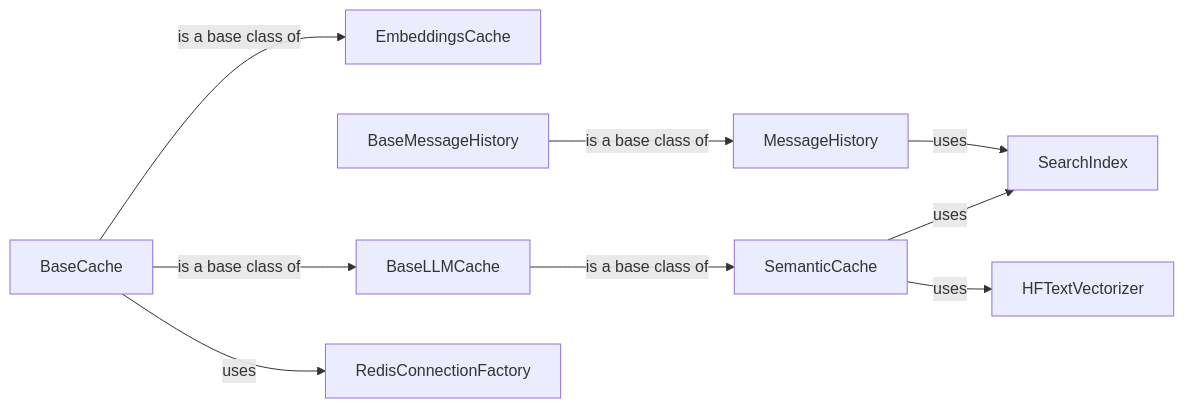
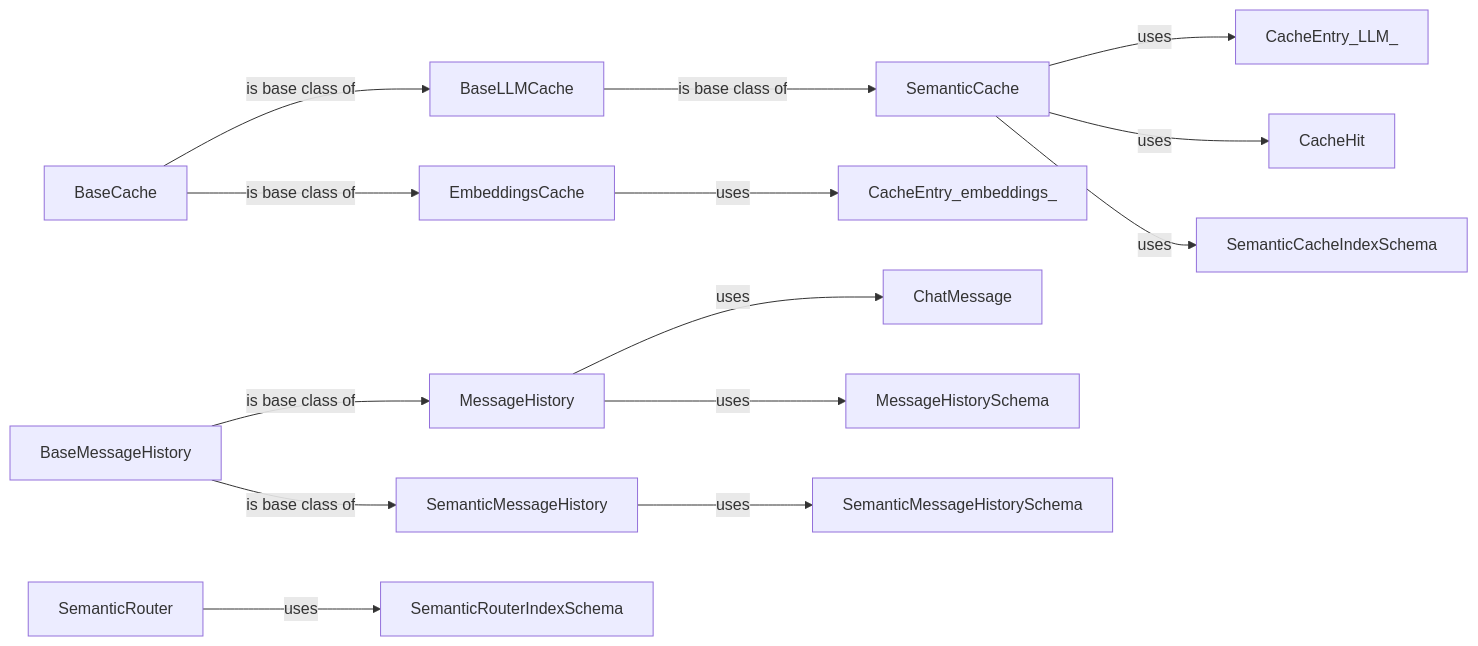
One commit to CodeBoarding/GeneratedOnBoardings changed the diagram in redis-vl-python/Extension Framework.md. Above: the diagram before and after it, drawn with Mermaid. The commit also changed other lines of this file and 12 other files, not shown here.

````diff
--- a/redis-vl-python/Extension Framework.md
+++ b/redis-vl-python/Extension Framework.md
@@ -1,20 +1,24 @@
 ```mermaid
 graph LR
     BaseCache["BaseCache"]
     EmbeddingsCache["EmbeddingsCache"]
     SemanticCache["SemanticCache"]
     BaseLLMCache["BaseLLMCache"]
     MessageHistory["MessageHistory"]
     BaseMessageHistory["BaseMessageHistory"]
-    SearchIndex["SearchIndex"]
-    RedisConnectionFactory["RedisConnectionFactory"]
-    HFTextVectorizer["HFTextVectorizer"]
-    BaseCache -- "is a base class of" --> EmbeddingsCache
-    BaseCache -- "is a base class of" --> BaseLLMCache
-    BaseLLMCache -- "is a base class of" --> SemanticCache
-    BaseMessageHistory -- "is a base class of" --> MessageHistory
-    SemanticCache -- "uses" --> SearchIndex
-    MessageHistory -- "uses" --> SearchIndex
-    BaseCache -- "uses" --> RedisConnectionFactory
-    SemanticCache -- "uses" --> HFTextVectorizer
+    SemanticMessageHistory["SemanticMessageHistory"]
+    SemanticRouter["SemanticRouter"]
+    BaseCache -- "is base class of" --> EmbeddingsCache
+    EmbeddingsCache -- "uses" --> CacheEntry_embeddings_
+    BaseLLMCache -- "is base class of" --> SemanticCache
+    SemanticCache -- "uses" --> CacheEntry_LLM_
+    SemanticCache -- "uses" --> CacheHit
+    SemanticCache -- "uses" --> SemanticCacheIndexSchema
+    MessageHistory -- "uses" --> ChatMessage
+    MessageHistory -- "uses" --> MessageHistorySchema
+    BaseMessageHistory -- "is base class of" --> SemanticMessageHistory
+    SemanticMessageHistory -- "uses" --> SemanticMessageHistorySchema
+    SemanticRouter -- "uses" --> SemanticRouterIndexSchema
+    BaseCache -- "is base class of" --> BaseLLMCache
+    BaseMessageHistory -- "is base class of" --> MessageHistory
 ```
````
